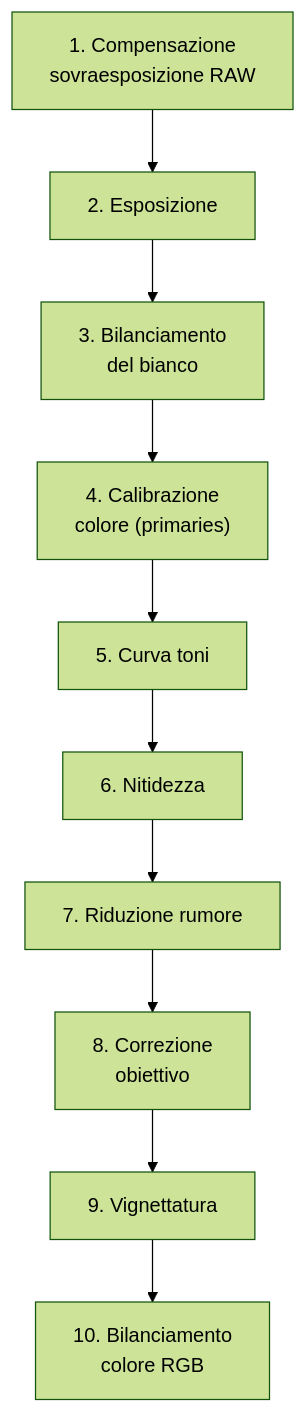
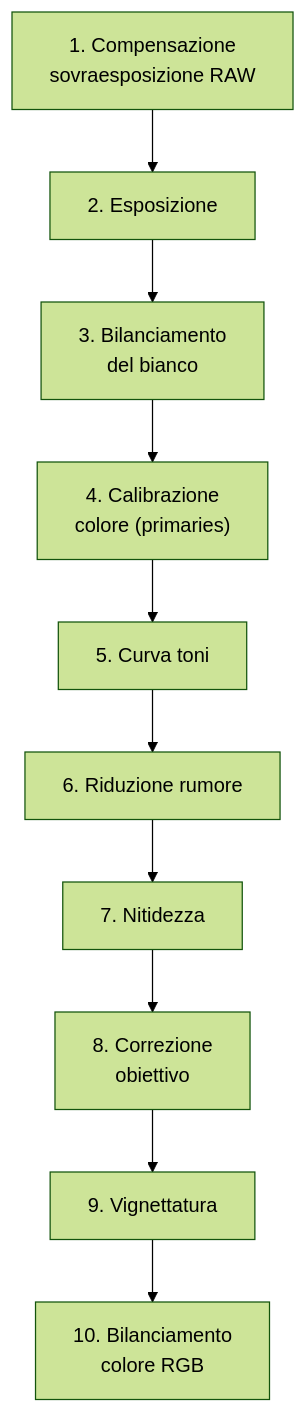
Before and after one commit to lorenzoperone/darktable-docs: the diagram in docs/workshop/from-lightroom.md, drawn with Mermaid (forest theme). The commit also changed other lines of this file and 15 other files, not shown here.

````diff
--- a/docs/workshop/from-lightroom.md
+++ b/docs/workshop/from-lightroom.md
@@ -16,13 +16,13 @@
 ```mermaid
 flowchart TD
     A["1. Compensazione<br/>sovraesposizione RAW"]
     --> B["2. Esposizione"]
     --> C["3. Bilanciamento<br/>del bianco"]
     --> D["4. Calibrazione<br/>colore (primaries)"]
     --> E["5. Curva toni"]
-    --> F["6. Nitidezza"]
-    --> G["7. Riduzione rumore"]
+    --> F["6. Riduzione rumore"]
+    --> G["7. Nitidezza"]
     --> H["8. Correzione<br/>obiettivo"]
     --> I["9. Vignettatura"]
     --> J["10. Bilanciamento<br/>colore RGB"]
 ```
````
